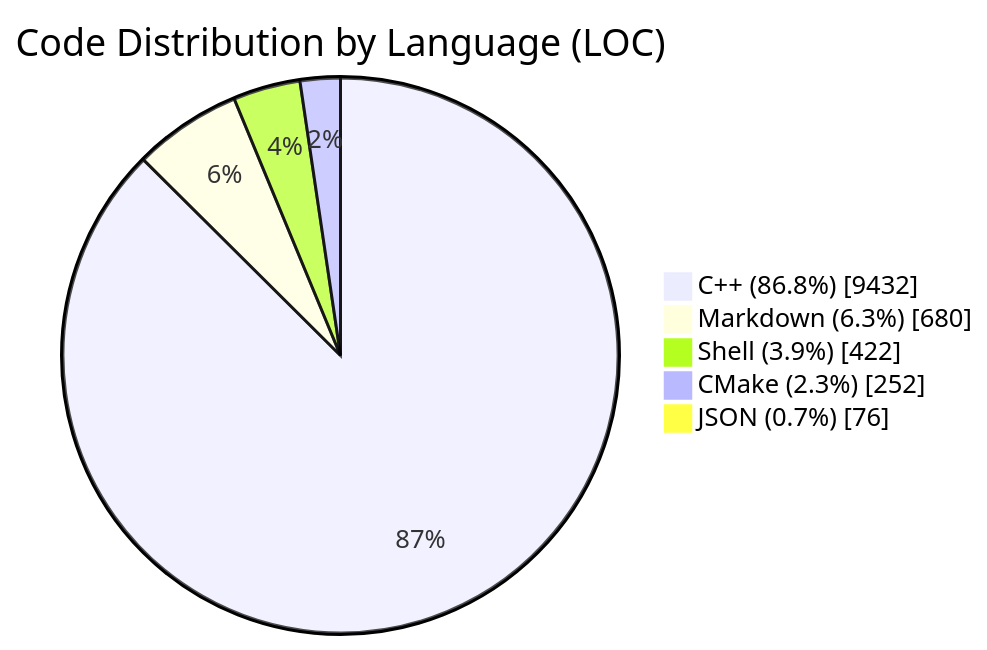
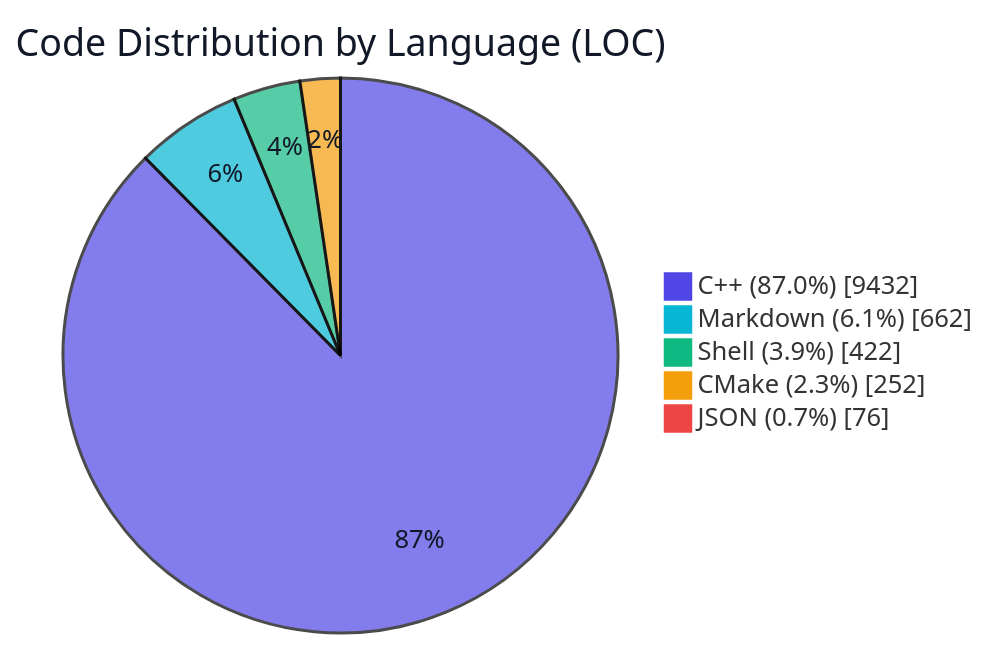
One commit to TheBadRoger/term4k changed the diagram in README.md. Above: the diagram before and after it, drawn with Mermaid. The commit also changed other lines of this file and 5 other files, not shown here.

Commit message:
美化mermaid饼状图

````diff
--- a/README.md
+++ b/README.md
@@ -45,9 +45,10 @@
 ```mermaid
+%%{init: {'theme': 'base', 'themeVariables': {'fontFamily': 'Inter, Segoe UI, Helvetica, Arial, sans-serif', 'pieTitleTextColor': '#111827', 'pieSectionTextColor': '#111827', 'pieOuterStrokeColor': '#ffffff', 'pieOuterStrokeWidth': '2px', 'pie1': '#4f46e5', 'pie2': '#06b6d4', 'pie3': '#10b981', 'pie4': '#f59e0b', 'pie5': '#ef4444', 'pie6': '#8b5cf6'}}}%%
 pie showData
     title Code Distribution by Language (LOC)
-    "C++ (86.8%)" : 9432
-    "Markdown (6.3%)" : 680
+    "C++ (87.0%)" : 9432
+    "Markdown (6.1%)" : 662
     "Shell (3.9%)" : 422
     "CMake (2.3%)" : 252
     "JSON (0.7%)" : 76
 ```
````
